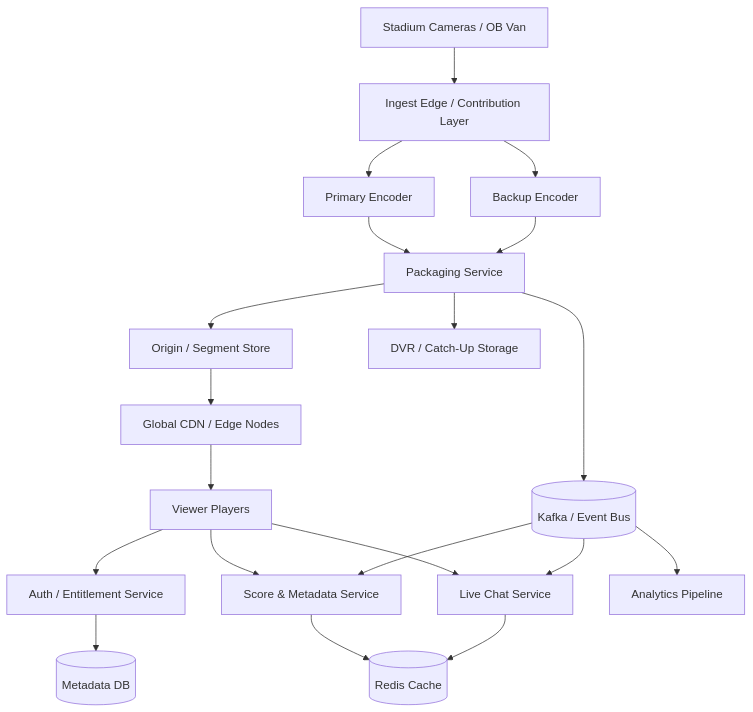
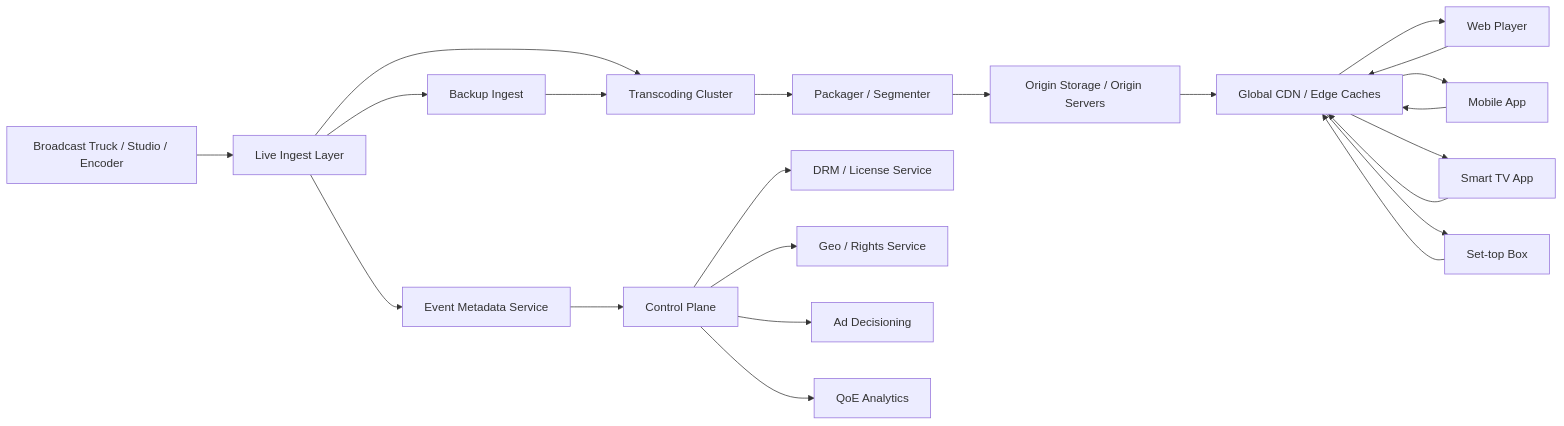
One commit to gojosatoru123-ux/CacheU changed the first of 16 diagrams in src/content/design-a-live-streaming-service.md. Above: the diagram before and after it, drawn with Mermaid. The commit also changed other lines of this file and 13 other files, not shown here.

````diff
--- a/src/content/design-a-live-streaming-service.md
+++ b/src/content/design-a-live-streaming-service.md
@@ -130,44 +189,28 @@
 ```mermaid
-flowchart TB
-    Stadium[Stadium Cameras / OB Van]
-    EncoderA[Primary Encoder]
-    EncoderB[Backup Encoder]
-    IngestEdge[Ingest Edge / Contribution Layer]
-    Packager[Packaging Service]
-    Origin[Origin / Segment Store]
-    CDN[Global CDN / Edge Nodes]
-    Player[Viewer Players]
-    Auth[Auth / Entitlement Service]
-    Score[Score & Metadata Service]
-    Chat[Live Chat Service]
-    Analytics[Analytics Pipeline]
-    Kafka[(Kafka / Event Bus)]
-    Redis[(Redis Cache)]
-    DB[(Metadata DB)]
-    DVR[DVR / Catch-Up Storage]
+flowchart LR
+    Broadcaster[Broadcast Truck / Studio / Encoder] --> Ingest[Live Ingest Layer]
+    Ingest --> BackupIngest[Backup Ingest]
+    Ingest --> Transcode[Transcoding Cluster]
+    BackupIngest --> Transcode
 
-    Stadium --> IngestEdge
-    IngestEdge --> EncoderA
-    IngestEdge --> EncoderB
+    Transcode --> Packager[Packager / Segmenter]
+    Packager --> Origin[Origin Storage / Origin Servers]
+    Origin --> CDN[Global CDN / Edge Caches]
 
-    EncoderA --> Packager
-    EncoderB --> Packager
+    Client1[Web Player] --> CDN
+    Client2[Mobile App] --> CDN
+    Client3[Smart TV App] --> CDN
+    Client4[Set-top Box] --> CDN
 
-    Packager --> Origin
-    Packager --> DVR
-    Packager --> Kafka
+    CDN --> Client1
+    CDN --> Client2
+    CDN --> Client3
+    CDN --> Client4
 
-    Origin --> CDN
-    CDN --> Player
-
-    Player --> Auth
-    Player --> Score
-    Player --> Chat
-    Kafka --> Analytics
-    Kafka --> Score
-    Kafka --> Chat
-
-    Auth --> DB
-    Score --> Redis
-    Chat --> Redis
+    Ingest --> Metadata[Event Metadata Service]
+    Metadata --> Control[Control Plane]
+    Control --> DRM[DRM / License Service]
+    Control --> Rights[Geo / Rights Service]
+    Control --> Ads[Ad Decisioning]
+    Control --> Analytics[QoE Analytics]
 ```
````
